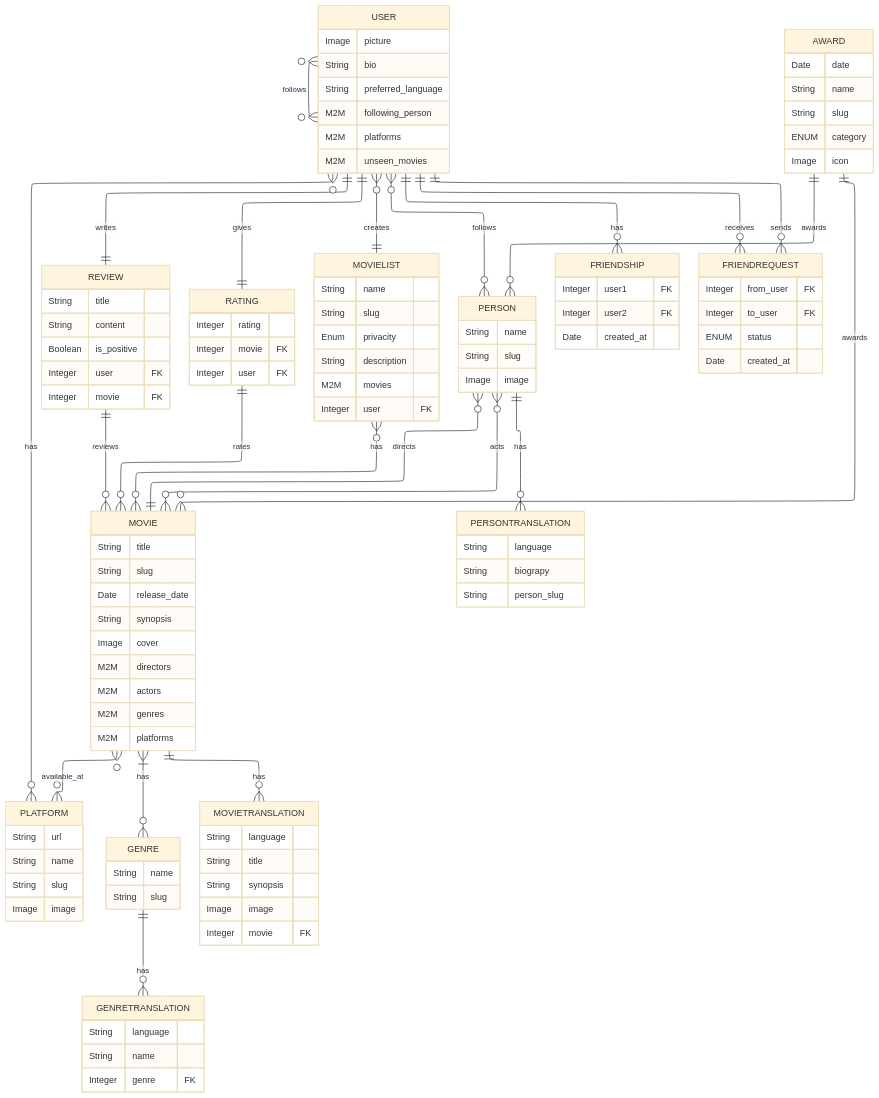
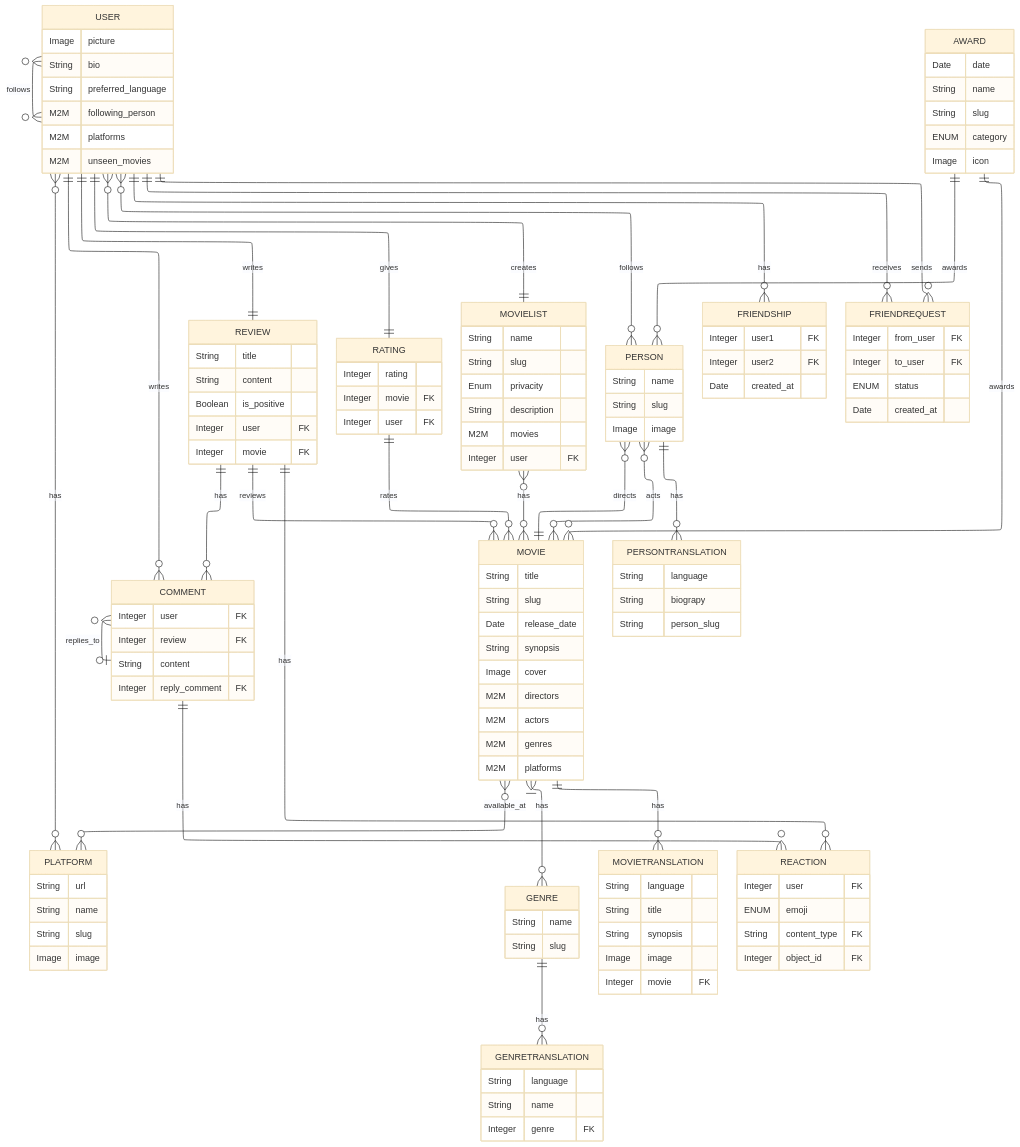
Before and after one commit to moviesxmovies/MoviesXMovies: the second of 2 diagrams in docs/diagrams.md, drawn with Mermaid (base theme). The commit also changed other lines of this file and 1 other file, not shown here.

Commit message:
docs: updated diagrams

````diff
--- a/docs/diagrams.md
+++ b/docs/diagrams.md
@@ -55,6 +60,7 @@
     USER ||--o{ FRIENDSHIP: has
     USER ||--o{ FRIENDREQUEST: sends
     USER ||--o{ FRIENDREQUEST: receives
+    USER ||--o{ COMMENT: writes
     PERSON }o--|| MOVIE: directs
     PERSON }o--o{ MOVIE: acts
     MOVIE }|--o{ GENRE: has
@@ -67,6 +73,10 @@
     REVIEW ||--o{ MOVIE: reviews
     GENRE ||--o{ GENRETRANSLATION: has
     PERSON ||--o{ PERSONTRANSLATION: has
+    REVIEW ||--o{ COMMENT: has
+    COMMENT }o--o| COMMENT: replies_to
+    REVIEW ||--o{ REACTION: has
+    COMMENT ||--o{ REACTION: has
     MOVIE {
         String title
         String slug
@@ -156,4 +166,17 @@
         ENUM status
         Date created_at
     }
+    COMMENT {
+        Integer user FK
+        Integer review FK
+        String content
+        Integer reply_comment FK
+    }
+    REACTION {
+        Integer user FK
+        ENUM emoji
+        String content_type FK
+        Integer object_id FK
+
+    }
 ```
````
